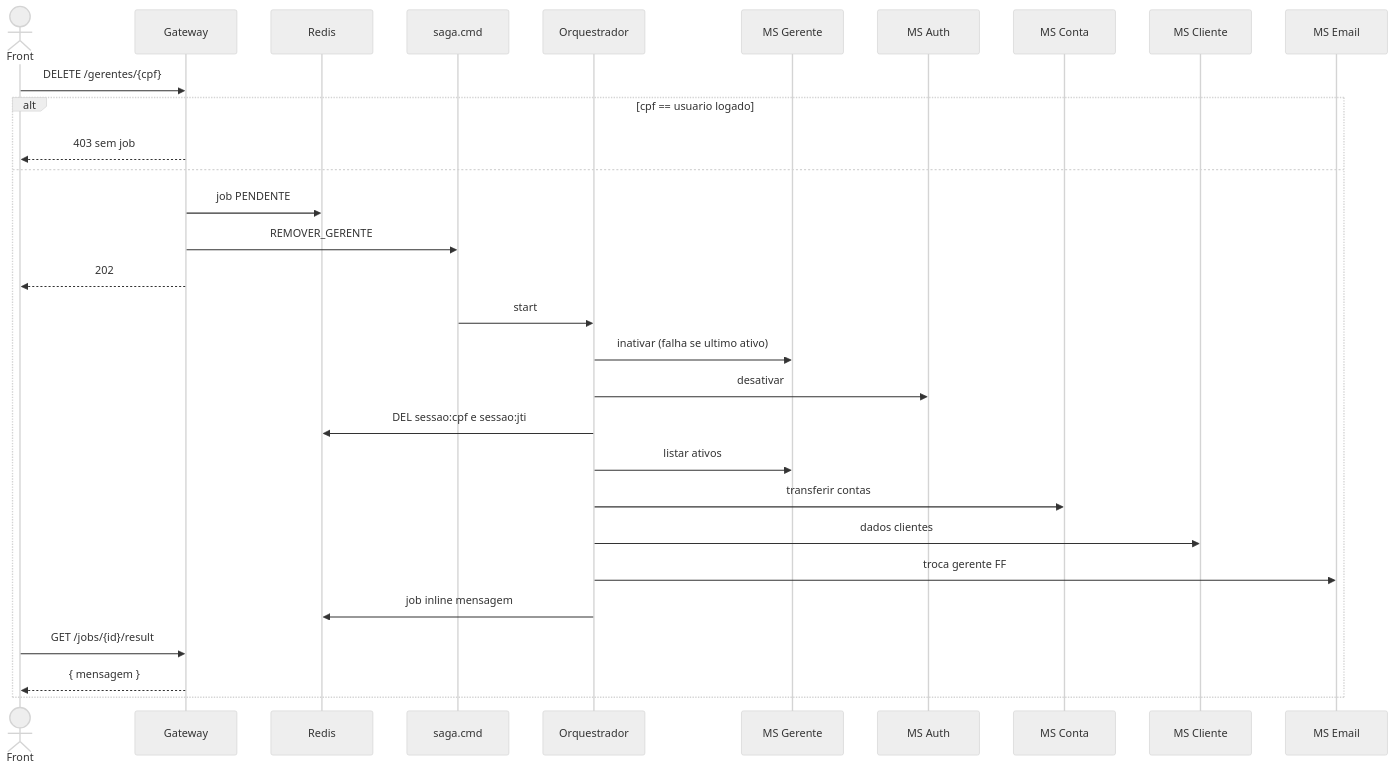
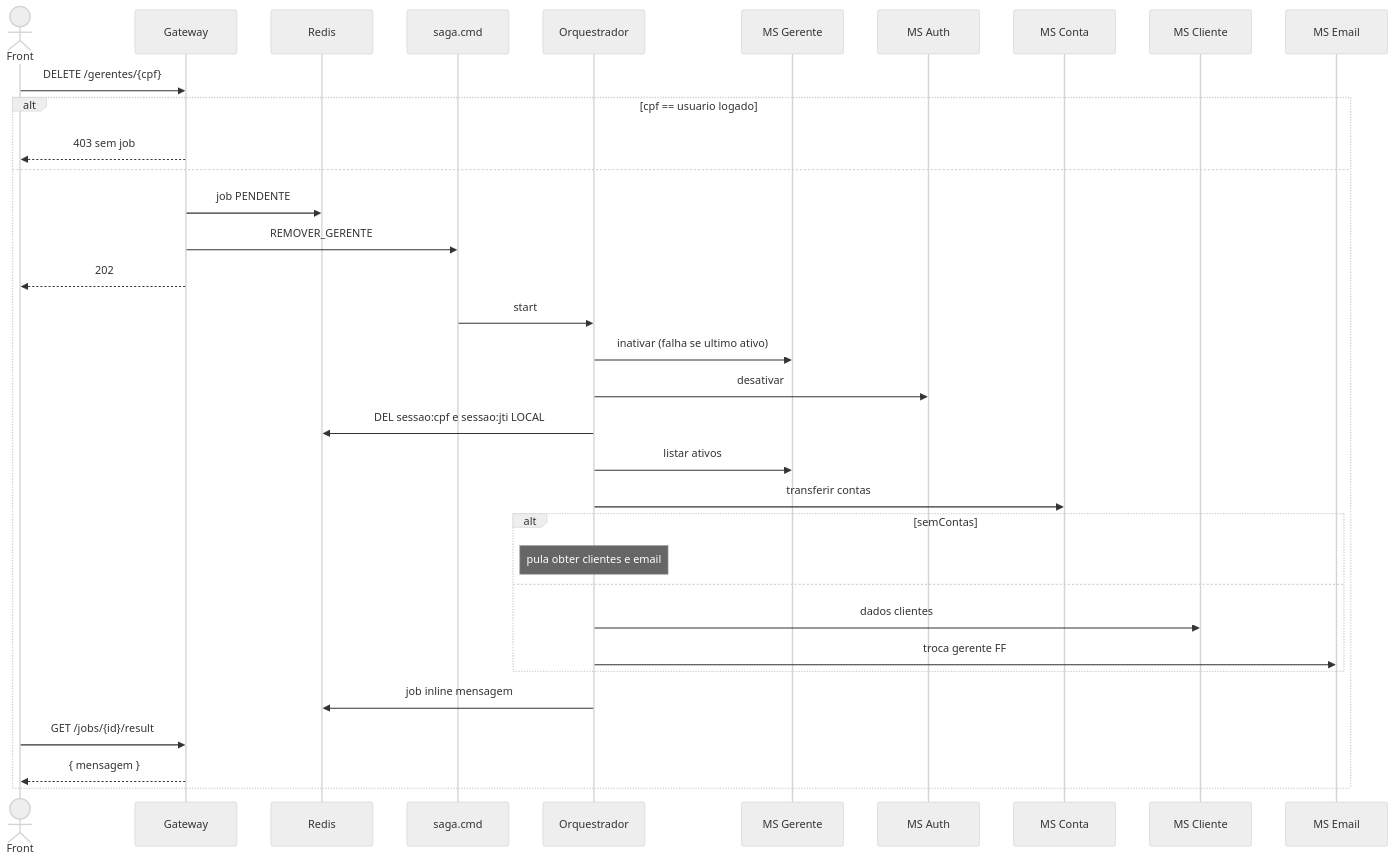
Before and after one commit to umishell/DAC: the diagram in transacoes/TX-R15-remover-gerente.md, drawn with Mermaid (neutral theme). The commit also changed other lines of this file and 3 other files, not shown here.

Commit message:
Update log_check_transactions.md with a detailed checklist for transaction verification, including HTTPie and code references. Enhance 00-GERAL.md to guide users on copying the backend to the official repo. Revise TX-R15-remover-gerente.md to clarify SAGA steps and outcomes.

````diff
--- a/transacoes/TX-R15-remover-gerente.md
+++ b/transacoes/TX-R15-remover-gerente.md
@@ -10,32 +10,36 @@
 ```mermaid
 sequenceDiagram
     actor Front
     participant GW as Gateway
     participant Redis as Redis
     participant RMQ as saga.cmd
     participant Saga as Orquestrador
     participant Ger as MS Gerente
     participant Auth as MS Auth
     participant Conta as MS Conta
     participant Cli as MS Cliente
     participant Mail as MS Email
     Front->>GW: DELETE /gerentes/{cpf}
     alt cpf == usuario logado
         GW-->>Front: 403 sem job
     else
         GW->>Redis: job PENDENTE
         GW->>RMQ: REMOVER_GERENTE
         GW-->>Front: 202
         RMQ->>Saga: start
         Saga->>Ger: inativar (falha se ultimo ativo)
         Saga->>Auth: desativar
-        Saga->>Redis: DEL sessao:cpf e sessao:jti
+        Saga->>Redis: DEL sessao:cpf e sessao:jti LOCAL
         Saga->>Ger: listar ativos
         Saga->>Conta: transferir contas
-        Saga->>Cli: dados clientes
-        Saga->>Mail: troca gerente FF
+        alt semContas
+            Note over Saga: pula obter clientes e email
+        else
+            Saga->>Cli: dados clientes
+            Saga->>Mail: troca gerente FF
+        end
         Saga->>Redis: job inline mensagem
         Front->>GW: GET /jobs/{id}/result
         GW-->>Front: { mensagem }
     end
 ```
````
